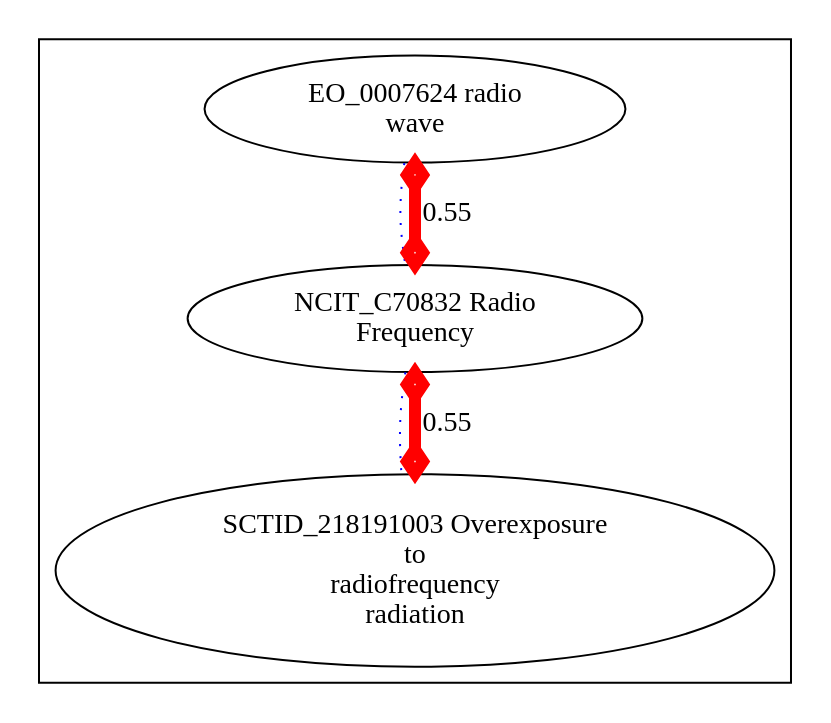
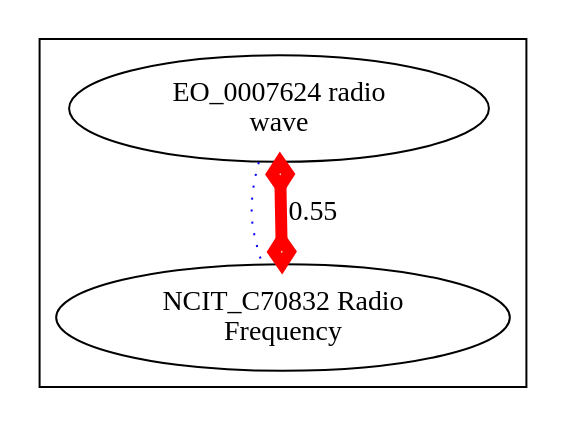
The diagram in target/img-EO_0007624.dot (cmungall/radiation-ontology), drawn with Graphviz before and after one commit. The commit also changed 25 other files, not shown here.

```diff
--- a/target/img-EO_0007624.dot
+++ b/target/img-EO_0007624.dot
@@ -1,16 +1,8 @@
 digraph cliquegraph {
 subgraph cluster_EO_0007624 {EO_0007624 [ label="EO_0007624 radio
 wave" ];
-SCTID_218191003 [ label="SCTID_218191003 Overexposure
-to
-radiofrequency
-radiation" ];
 NCIT_C70832 [ label="NCIT_C70832 Radio
 Frequency" ];}
-NCIT_C70832 -> SCTID_218191003 [ arrowhead = none, penwidth=1, color=blue, label="", style=dotted]
-
 EO_0007624 -> NCIT_C70832 [ arrowhead = none, penwidth=1, color=blue, label="", style=dotted]
-NCIT_C70832 -> SCTID_218191003 [ arrowhead = ediamond, penwidth=6, color=red, label="0.55", style=solid, arrowtail=ediamond, dir=both]
-
 EO_0007624 -> NCIT_C70832 [ arrowhead = ediamond, penwidth=6, color=red, label="0.55", style=solid, arrowtail=ediamond, dir=both]
 }
```
